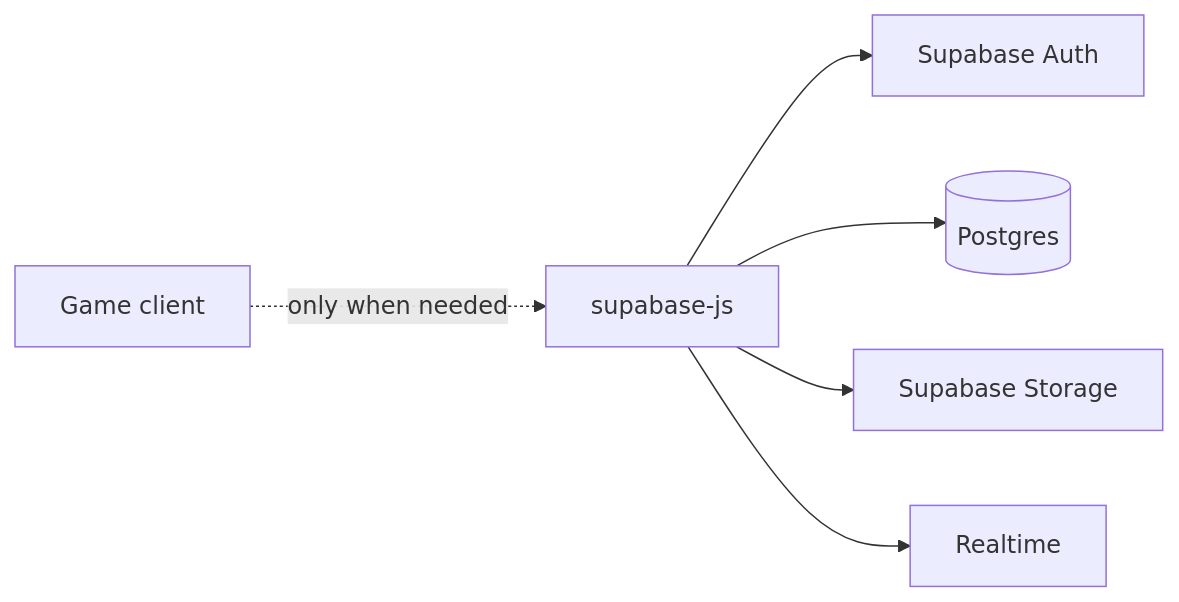
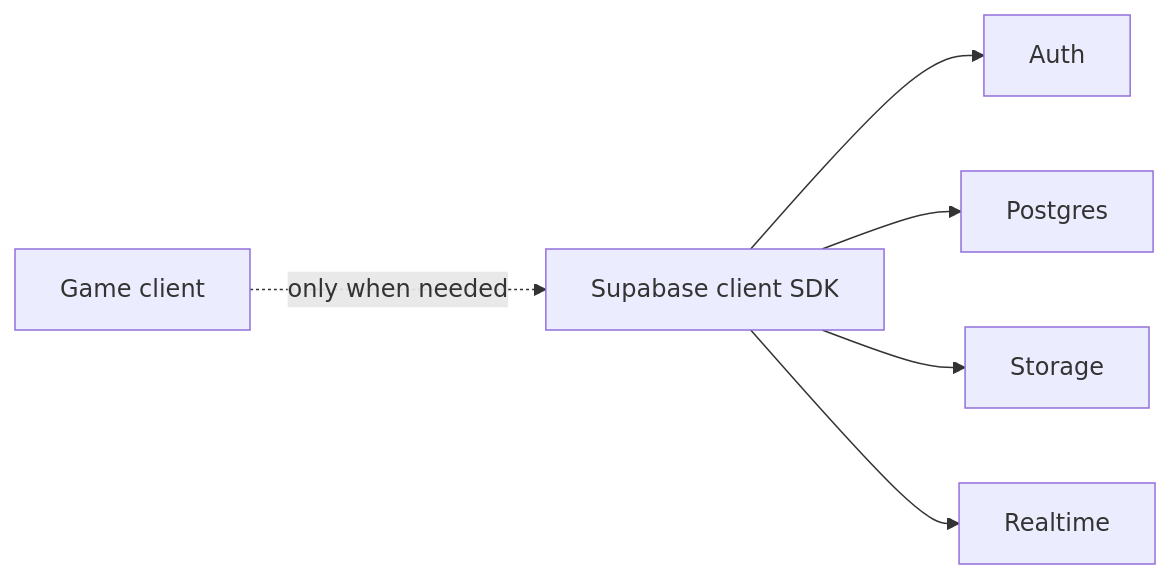
One commit to altairrojas/the-legend-of-comira changed the fourth of 5 diagrams in README.md. Above: the diagram before and after it, drawn with Mermaid. The commit also changed other lines of this file, not shown here.

Commit message:
docs: fix Mermaid rendering and Cova naming

````diff
--- a/README.md
+++ b/README.md
@@ -310,15 +236,8 @@
 ```mermaid
-flowchart LR
-    Game[Game client]
-    SDK[supabase-js]
-    Auth[Supabase Auth]
-    DB[(Postgres)]
-    Storage[Supabase Storage]
-    RT[Realtime]
-
-    Game -. only when needed .-> SDK
-    SDK --> Auth
-    SDK --> DB
-    SDK --> Storage
-    SDK --> RT
+graph LR;
+    Game["Game client"] -. "only when needed" .-> SDK["Supabase client SDK"];
+    SDK --> Auth["Auth"];
+    SDK --> Database["Postgres"];
+    SDK --> Storage["Storage"];
+    SDK --> Realtime["Realtime"];
 ```
````
